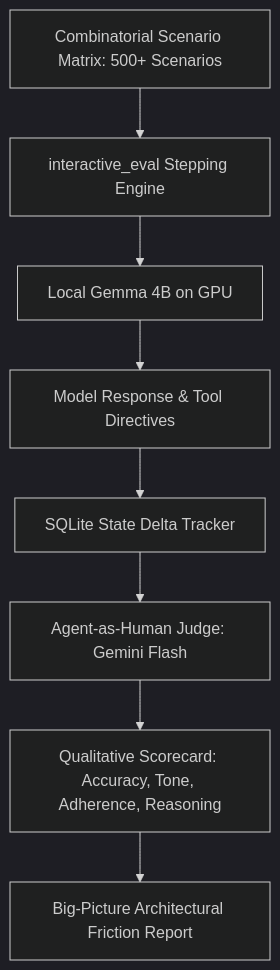
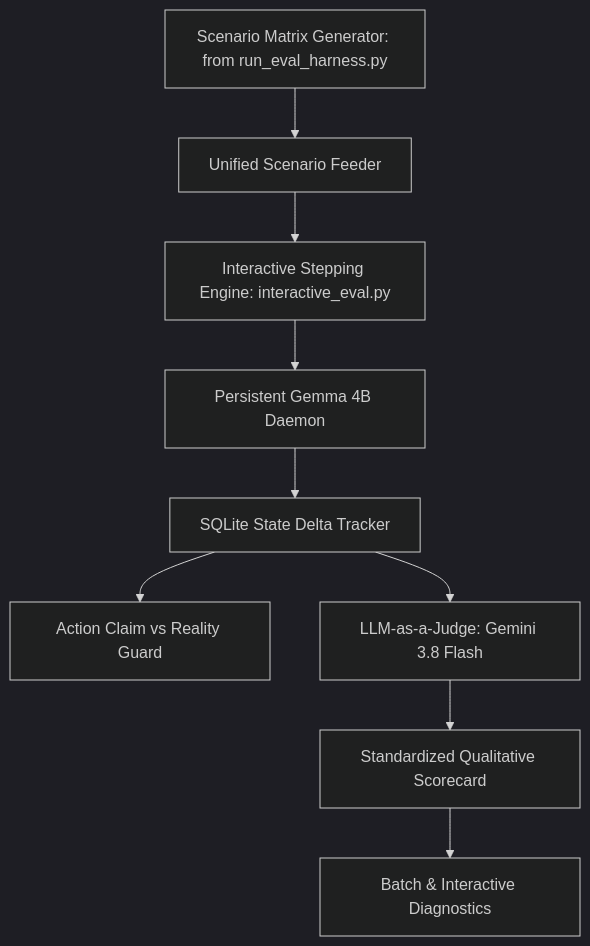
The diagram in docs/BRANCH_STRATEGY_AND_DESIGN.md (snakeeyes021/thirties), drawn with Mermaid (dark theme) before and after one commit. The commit also changed other lines of this file and 5 other files, not shown here.

Commit message:
docs: archive historical specs, detail eval harness reconciliation, and define backporting protocol

````diff
--- a/docs/BRANCH_STRATEGY_AND_DESIGN.md
+++ b/docs/BRANCH_STRATEGY_AND_DESIGN.md
@@ -66,10 +94,11 @@
 ```mermaid
 graph TD
-    Matrix[Combinatorial Scenario Matrix: 500+ Scenarios] --> Runner[interactive_eval Stepping Engine]
-    Runner --> Gemma[Local Gemma 4B on GPU]
-    Gemma --> Response[Model Response & Tool Directives]
-    Response --> Delta[SQLite State Delta Tracker]
-    Delta --> Judge[Agent-as-Human Judge: Gemini Flash]
-    Judge --> Scorecard[Qualitative Scorecard: Accuracy, Tone, Adherence, Reasoning]
-    Scorecard --> Diagnostic[Big-Picture Architectural Friction Report]
+    Matrix[Scenario Matrix Generator: from run_eval_harness.py] --> Feeder[Unified Scenario Feeder]
+    Feeder --> Stepper[Interactive Stepping Engine: interactive_eval.py]
+    Stepper --> GPU[Persistent Gemma 4B Daemon]
+    GPU --> Deltas[SQLite State Delta Tracker]
+    Deltas --> ClaimCheck[Action Claim vs Reality Guard]
+    Deltas --> Judge[LLM-as-a-Judge: Gemini 3.8 Flash]
+    Judge --> Scorecard[Standardized Qualitative Scorecard]
+    Scorecard --> Reporter[Batch & Interactive Diagnostics]
 ```
````
